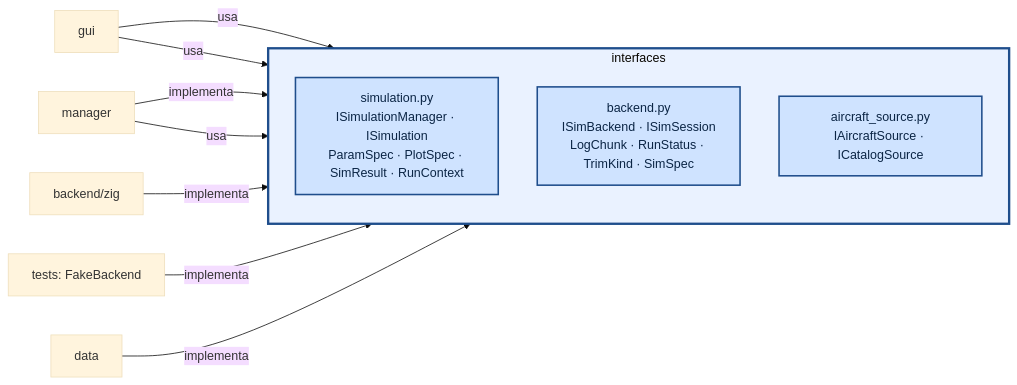
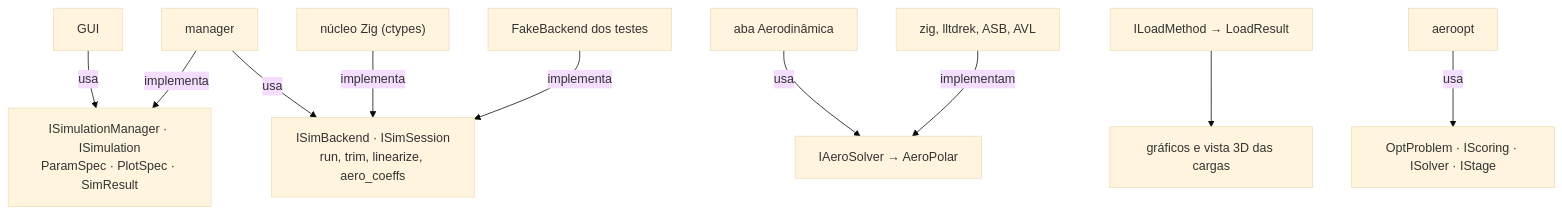
The diagram in aerosim/interfaces/README.md (vitordallolivo/AircraftSimulation), drawn with Mermaid (base theme) before and after one commit. The commit also changed other lines of this file, not shown here.

First line of the commit message:
README das interfaces corrido como livro, com a saída do exemplo

````diff
--- a/aerosim/interfaces/README.md
+++ b/aerosim/interfaces/README.md
@@ -17,19 +12,12 @@
 ```mermaid
-flowchart LR
-    subgraph IF["interfaces"]
-        direction TB
-        SM["simulation.py<br/>ISimulationManager · ISimulation<br/>ParamSpec · PlotSpec · SimResult · RunContext"]
-        BE["backend.py<br/>ISimBackend · ISimSession<br/>LogChunk · RunStatus · TrimKind · SimSpec"]
-        AS["aircraft_source.py<br/>IAircraftSource · ICatalogSource"]
-    end
-    GUI["gui"] -->|usa| SM
-    GUI -->|usa| AS
+flowchart TB
+    GUI["GUI"] -->|usa| SM["ISimulationManager · ISimulation<br/>ParamSpec · PlotSpec · SimResult"]
     MAN["manager"] -->|implementa| SM
-    MAN -->|usa| BE
-    ZIG["backend/zig"] -->|implementa| BE
-    FAKE["tests: FakeBackend"] -->|implementa| BE
-    DATA["data"] -->|implementa| AS
-    classDef iface fill:#cfe3ff,stroke:#1f4e8c,stroke-width:2px,color:#0b2545
-    class SM,BE,AS iface
-    style IF fill:#eaf2ff,stroke:#1f4e8c,stroke-width:3px
+    MAN -->|usa| BE["ISimBackend · ISimSession<br/>run, trim, linearize, aero_coeffs"]
+    ZIG["núcleo Zig (ctypes)"] -->|implementa| BE
+    FAKE["FakeBackend dos testes"] -->|implementa| BE
+    TAB["aba Aerodinâmica"] -->|usa| AE["IAeroSolver → AeroPolar"]
+    MET["zig, lltdrek, ASB, AVL"] -->|implementam| AE
+    LD["ILoadMethod → LoadResult"] --> GR["gráficos e vista 3D das cargas"]
+    OPT["aeroopt"] -->|usa| OP["OptProblem · IScoring · ISolver · IStage"]
 ```
````
